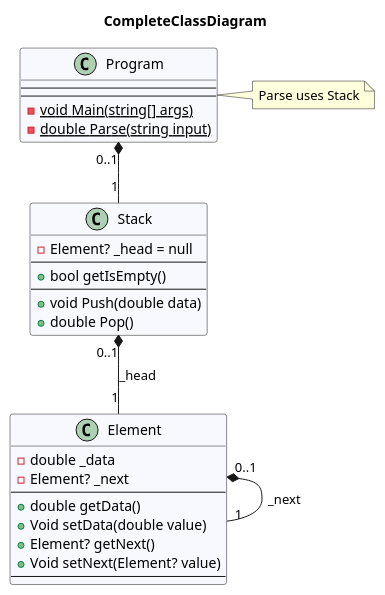
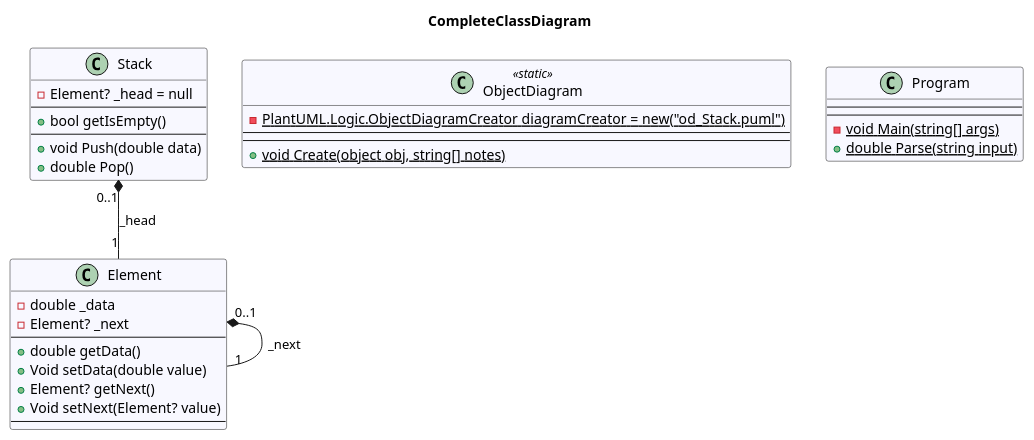
Before and after one commit to leoggehrer/2324-34_ABIF_ACIF_POSE: the diagram in UPNCalculator.ConApp/diagrams/CompleteClassDiagram.puml, drawn with PlantUML. The commit also changed 14 other files, not shown here.

```diff
--- a/UPNCalculator.ConApp/diagrams/CompleteClassDiagram.puml
+++ b/UPNCalculator.ConApp/diagrams/CompleteClassDiagram.puml
@@ -1,35 +1,35 @@
 @startuml CompleteClassDiagram
 title CompleteClassDiagram
 class Element #GhostWhite {
 - double _data
 - Element? _next
 ---
 + double getData()
 + Void setData(double value)
 + Element? getNext()
 + Void setNext(Element? value)
 ---
 }
+class ObjectDiagram << static >>  #GhostWhite {
+- {static} PlantUML.Logic.ObjectDiagramCreator diagramCreator = new("od_Stack.puml")
+---
+---
++ {static} void Create(object obj, string[] notes)
+}
 class Program #GhostWhite {
 ---
 ---
 - {static} void Main(string[] args)
-- {static} double Parse(string input)
++ {static} double Parse(string input)
 }
 class Stack #GhostWhite {
 - Element? _head = null
 ---
 + bool getIsEmpty()
 ---
 + void Push(double data)
 + double Pop()
 }
 Element "0..1" *-- "1" Element : _next
 Stack "0..1" *-- "1" Element : _head
-' CustomUML
-Program "0..1" *-- "1" Stack 
-note right of Program
-Parse uses Stack
-end note
-' CustomUML
 @enduml
```
